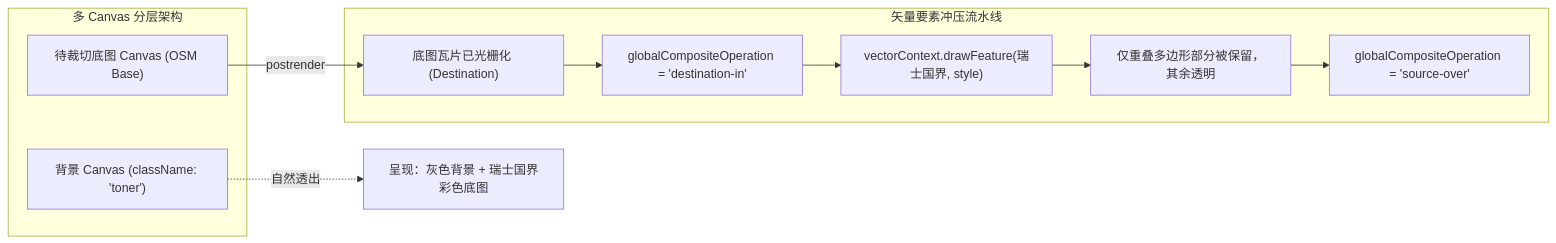
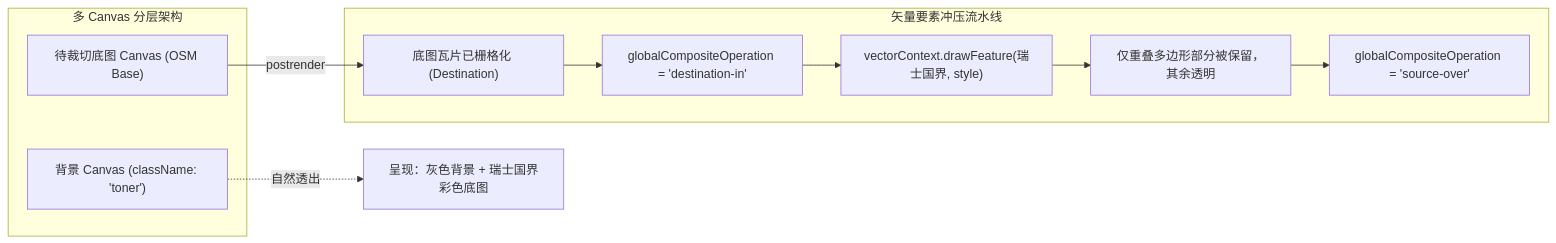
One commit to gisnotes/openlayers changed the fourth of 4 diagrams in site/summary/openlayers-canvas-clipping-guide.md. Above: the diagram before and after it, drawn with Mermaid. The commit also changed other lines of this file and 150 other files, not shown here.

````diff
--- a/site/summary/openlayers-canvas-clipping-guide.md
+++ b/site/summary/openlayers-canvas-clipping-guide.md
@@ -166,17 +166,17 @@
 ```mermaid
 flowchart LR
     subgraph MultiCanvas [多 Canvas 分层架构]
         BGCanvas["背景 Canvas (className: 'toner')"]
         BaseCanvas["待裁切底图 Canvas (OSM Base)"]
     end
 
     subgraph Stamping [矢量要素冲压流水线]
-        BaseCanvas -->|postrender| Step1["底图瓦片已光栅化 (Destination)"]
+        BaseCanvas -->|postrender| Step1["底图瓦片已栅格化 (Destination)"]
         Step1 --> Step2["globalCompositeOperation = 'destination-in'"]
         Step2 --> Step3["vectorContext.drawFeature(瑞士国界, style)"]
         Step3 --> Step4["仅重叠多边形部分被保留，其余透明"]
         Step4 --> Step5["globalCompositeOperation = 'source-over'"]
     end
 
     BGCanvas -.->|自然透出| Result["呈现：灰色背景 + 瑞士国界彩色底图"]
 ```
````
